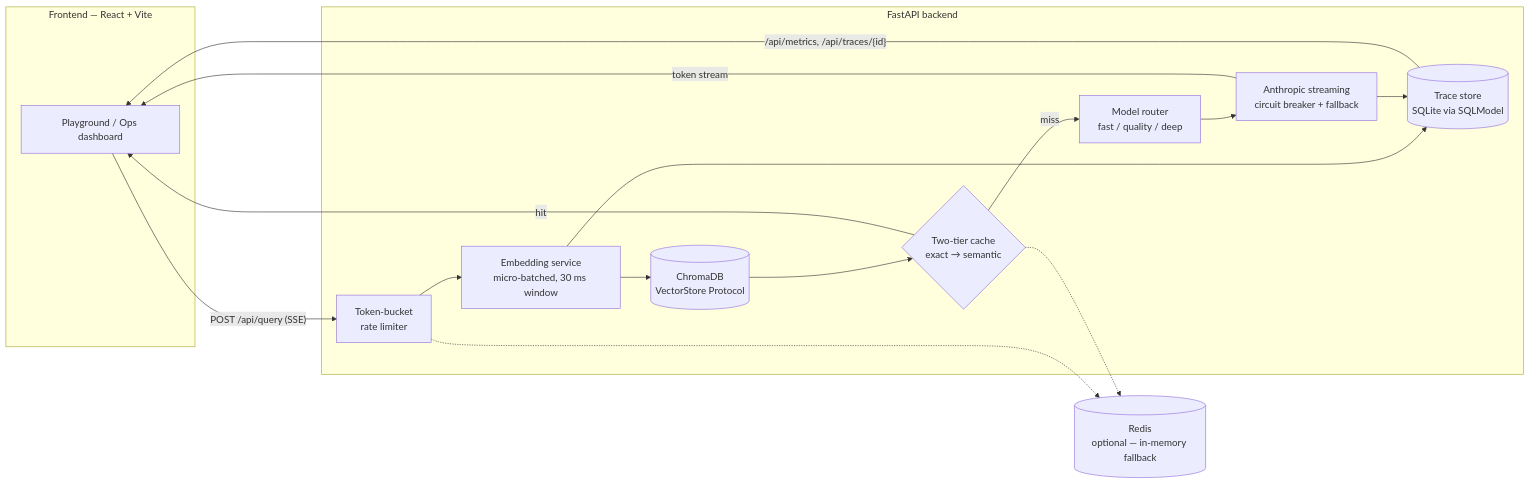
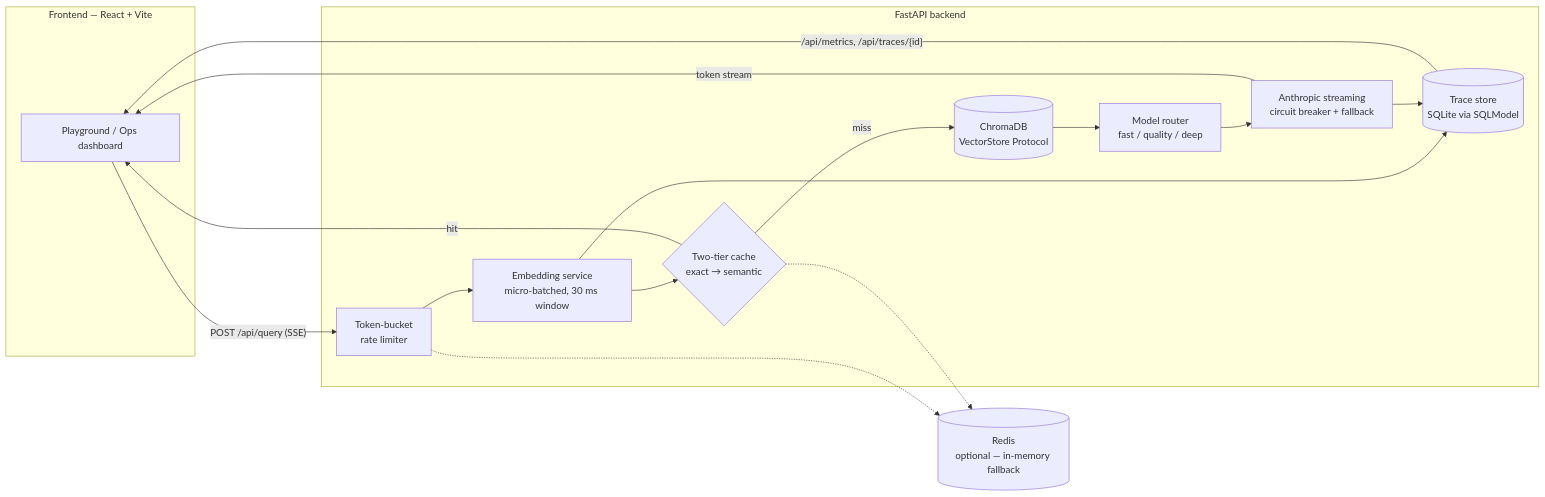
One commit to akarsh-stack/Glasshouse changed the diagram in README.md. Above: the diagram before and after it, drawn with Mermaid. The commit also changed other lines of this file and 7 other files, not shown here.

````diff
--- a/README.md
+++ b/README.md
@@ -15,32 +15,32 @@
 ```mermaid
 flowchart LR
     subgraph client [Frontend — React + Vite]
         UI[Playground / Ops dashboard]
     end
 
     subgraph api [FastAPI backend]
         RL[Token-bucket\nrate limiter]
         EMB[Embedding service\nmicro-batched, 30 ms window]
         VS[(ChromaDB\nVectorStore Protocol)]
         CACHE{Two-tier cache\nexact → semantic}
         ROUTER[Model router\nfast / quality / deep]
         LLM[Anthropic streaming\ncircuit breaker + fallback]
         OBS[(Trace store\nSQLite via SQLModel)]
     end
 
     REDIS[(Redis\noptional — in-memory fallback)]
 
     UI -- "POST /api/query (SSE)" --> RL
     RL --> EMB
-    EMB --> VS
-    VS --> CACHE
+    EMB --> CACHE
     CACHE -- hit --> UI
-    CACHE -- miss --> ROUTER
+    CACHE -- miss --> VS
+    VS --> ROUTER
     ROUTER --> LLM
     LLM -- token stream --> UI
     RL -.-> REDIS
     CACHE -.-> REDIS
     EMB --> OBS
     LLM --> OBS
     OBS -- "/api/metrics, /api/traces/{id}" --> UI
 ```
````
